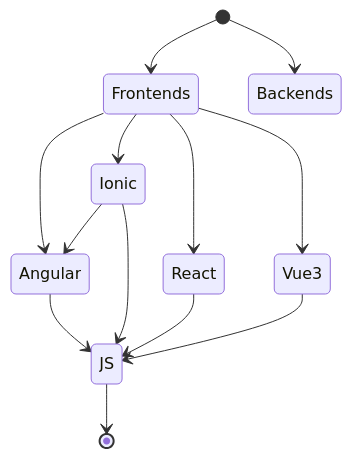
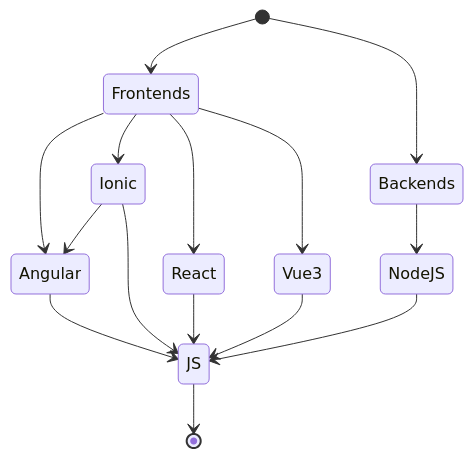
Before and after one commit to gsoulie/Mobile-App-Development: the second of 2 diagrams in best-practice.md, drawn with Mermaid.

`````diff
--- a/best-practice.md
+++ b/best-practice.md
@@ -14,16 +14,18 @@
 ````mermaid
 stateDiagram-v2
   [*] --> Frontends
   [*] --> Backends
   
   Frontends --> Angular
   Frontends --> Ionic
   Ionic --> Angular
   Frontends --> React
   Frontends --> Vue3
+  Backends --> NodeJS
   Angular --> JS
   Ionic --> JS
   React --> JS
   Vue3 --> JS
+  NodeJS --> JS
   JS --> [*]
 ````
`````
